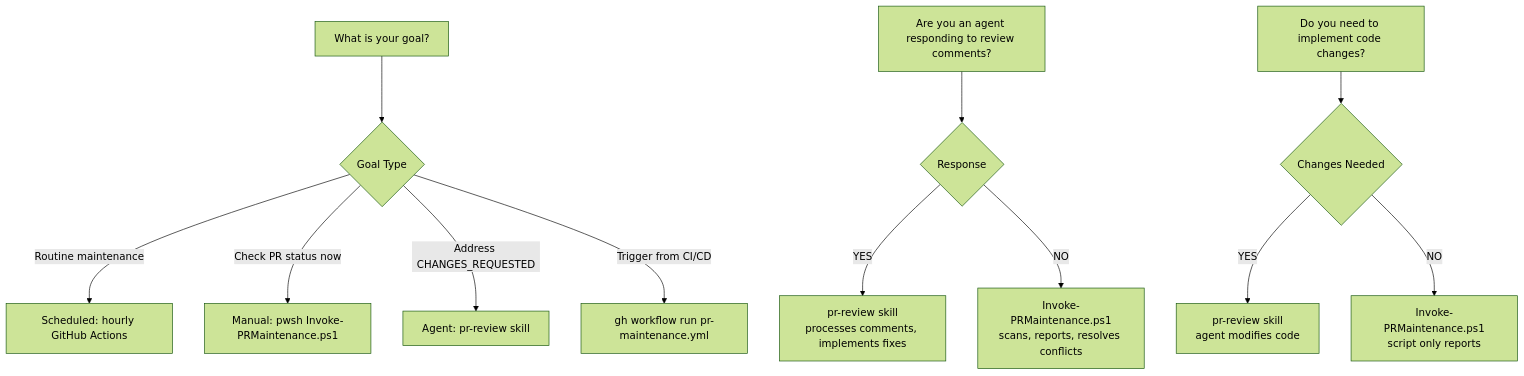
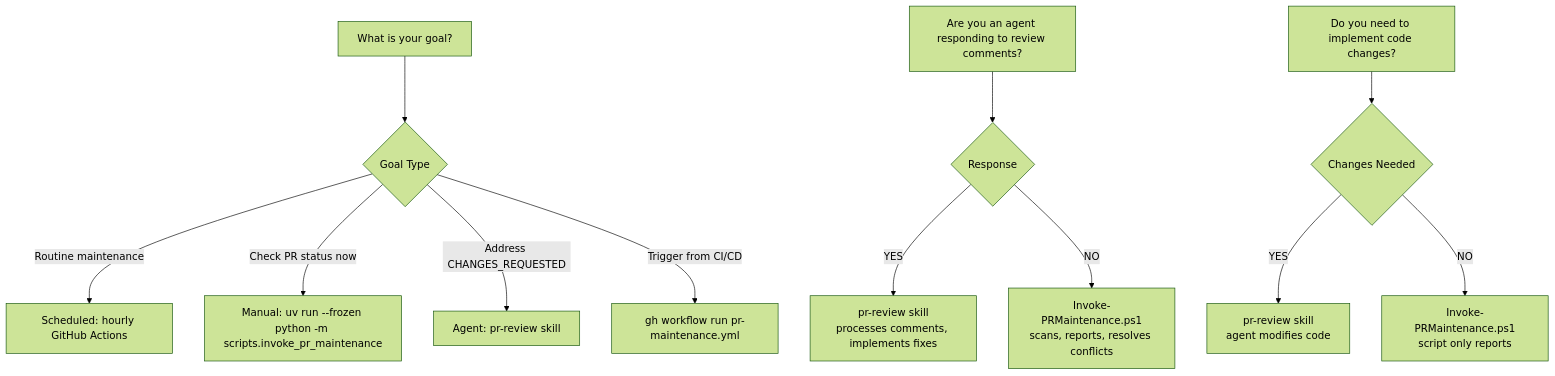
Before and after one commit to rjmurillo/ai-agents: the first of 4 diagrams in .agents/architecture/bot-author-feedback-protocol.md, drawn with Mermaid (forest theme). The commit also changed other lines of this file and 74 other files, not shown here.

````diff
--- a/.agents/architecture/bot-author-feedback-protocol.md
+++ b/.agents/architecture/bot-author-feedback-protocol.md
@@ -49,16 +49,16 @@
 ```mermaid
 flowchart TD
     A[What is your goal?] --> B{Goal Type}
     B -->|Routine maintenance| C["Scheduled: hourly GitHub Actions"]
-    B -->|Check PR status now| D["Manual: pwsh Invoke-PRMaintenance.ps1"]
+    B -->|Check PR status now| D["Manual: uv run --frozen python -m scripts.invoke_pr_maintenance"]
     B -->|Address CHANGES_REQUESTED| E["Agent: pr-review skill"]
     B -->|Trigger from CI/CD| F["gh workflow run pr-maintenance.yml"]
 
     G[Are you an agent responding to review comments?] --> H{Response}
     H -->|YES| I["pr-review skill<br>processes comments, implements fixes"]
     H -->|NO| J["Invoke-PRMaintenance.ps1<br>scans, reports, resolves conflicts"]
 
     K[Do you need to implement code changes?] --> L{Changes Needed}
     L -->|YES| M["pr-review skill<br>agent modifies code"]
     L -->|NO| N["Invoke-PRMaintenance.ps1<br>script only reports"]
 ```
````
